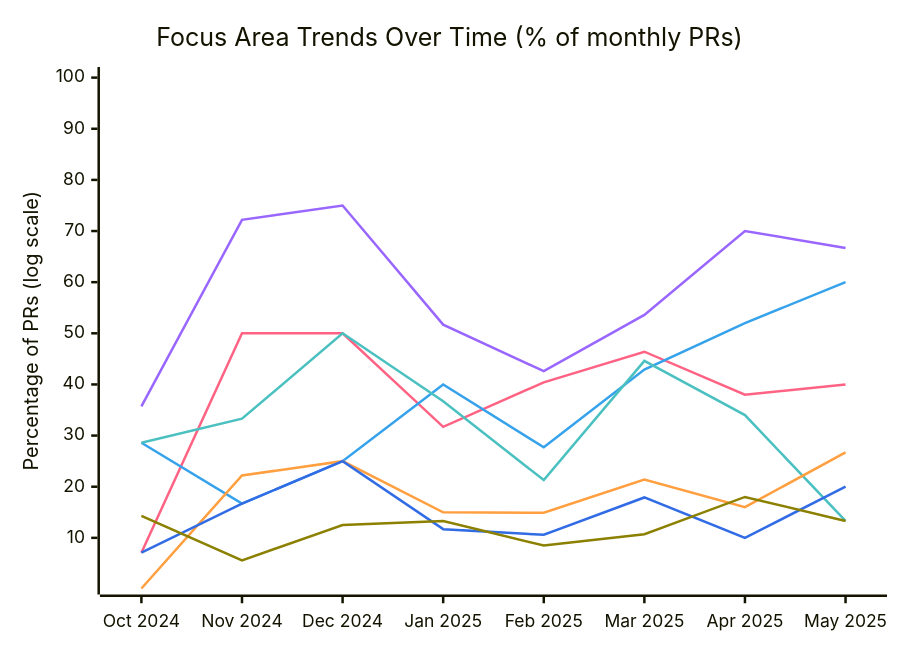
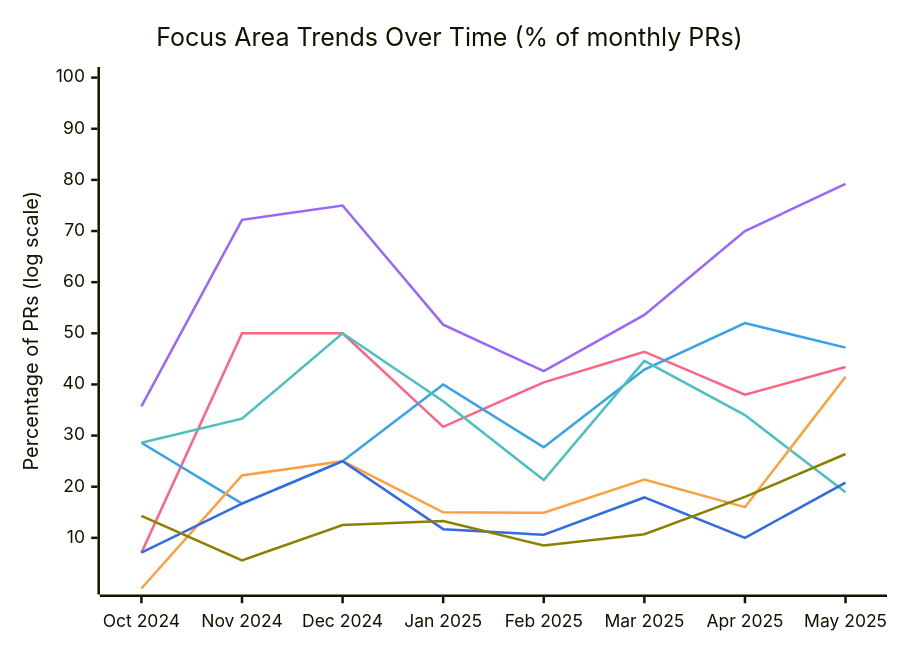
The eighth of 11 diagrams in docs/contributions.md (microsoft/edge-ai), drawn with Mermaid before and after one commit. The commit also changed other lines of this file and 2 other files, not shown here.

````diff
--- a/docs/contributions.md
+++ b/docs/contributions.md
@@ -258,8 +260,8 @@
 ``` mermaid
 %%{init: {"themeVariables": {"xyChart": {"plotColorPalette": "#9966FF, #FF6384, #36A2EB, #4BC0C0, #FF9F40, #326CE5, #8B8000"}}}}%%
 xychart-beta
     title "Focus Area Trends Over Time (% of monthly PRs)"
     x-axis ["Oct 2024", "Nov 2024", "Dec 2024", "Jan 2025", "Feb 2025", "Mar 2025", "Apr 2025", "May 2025"]
     y-axis "Percentage of PRs (log scale)" 1 --> 100
-        line "Features" [35.7, 72.2, 75, 51.7, 42.6, 53.6, 70, 66.7]     line "CI/CD" [7.1, 50, 50, 31.7, 40.4, 46.4, 38, 40]     line "Documentation" [28.6, 16.7, 25, 40, 27.7, 42.9, 52, 60]     line "Bug Fixes" [28.6, 33.3, 50, 36.7, 21.3, 44.6, 34, 13.3]     line "Terraform" [0.1, 22.2, 25, 15, 14.9, 21.4, 16, 26.7]     line "Kubernetes" [7.1, 16.7, 25, 11.7, 10.6, 17.9, 10, 20]     line "Refactoring" [14.3, 5.6, 12.5, 13.3, 8.5, 10.7, 18, 13.3]
+        line "Features" [35.7, 72.2, 75, 51.7, 42.6, 53.6, 70, 79.2]     line "CI/CD" [7.1, 50, 50, 31.7, 40.4, 46.4, 38, 43.4]     line "Documentation" [28.6, 16.7, 25, 40, 27.7, 42.9, 52, 47.2]     line "Bug Fixes" [28.6, 33.3, 50, 36.7, 21.3, 44.6, 34, 18.9]     line "Terraform" [0.1, 22.2, 25, 15, 14.9, 21.4, 16, 41.5]     line "Kubernetes" [7.1, 16.7, 25, 11.7, 10.6, 17.9, 10, 20.8]     line "Refactoring" [14.3, 5.6, 12.5, 13.3, 8.5, 10.7, 18, 26.4]
 ```
````
